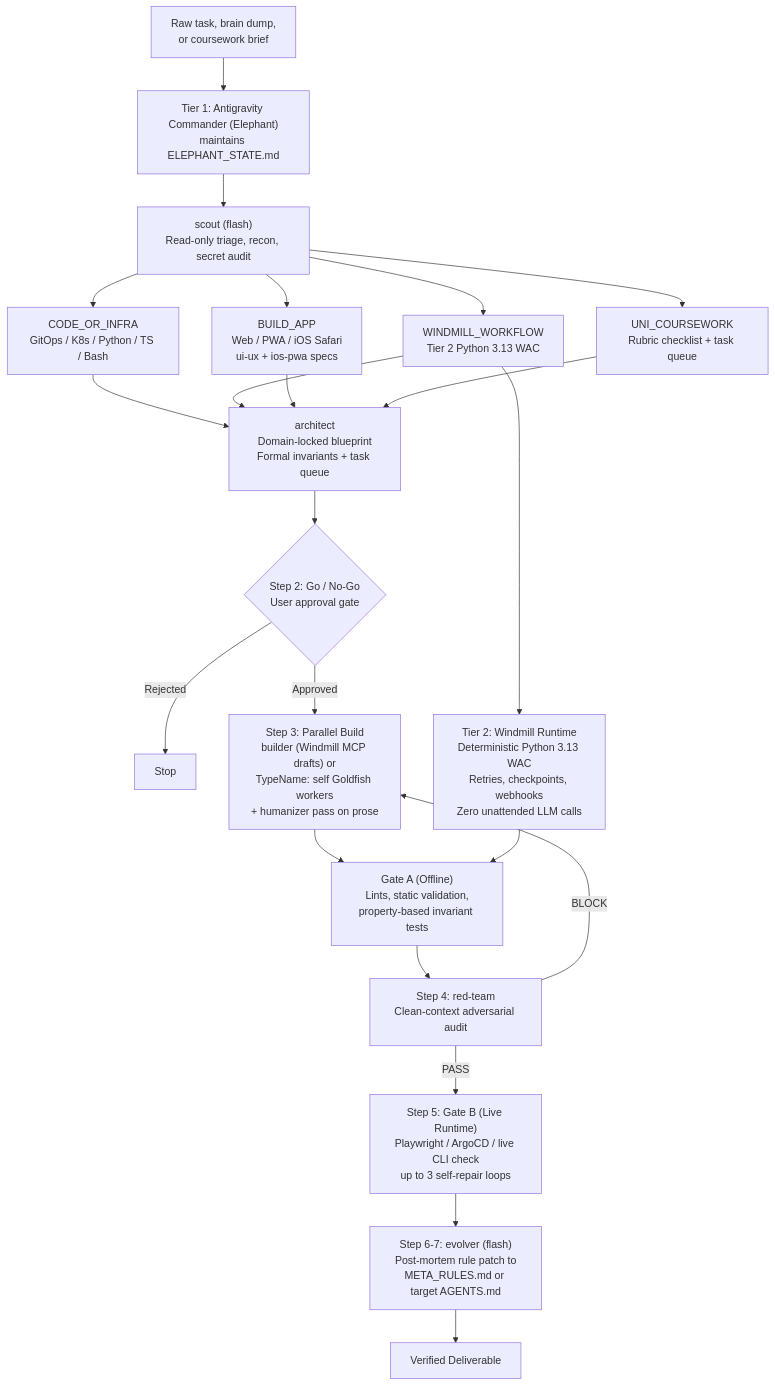
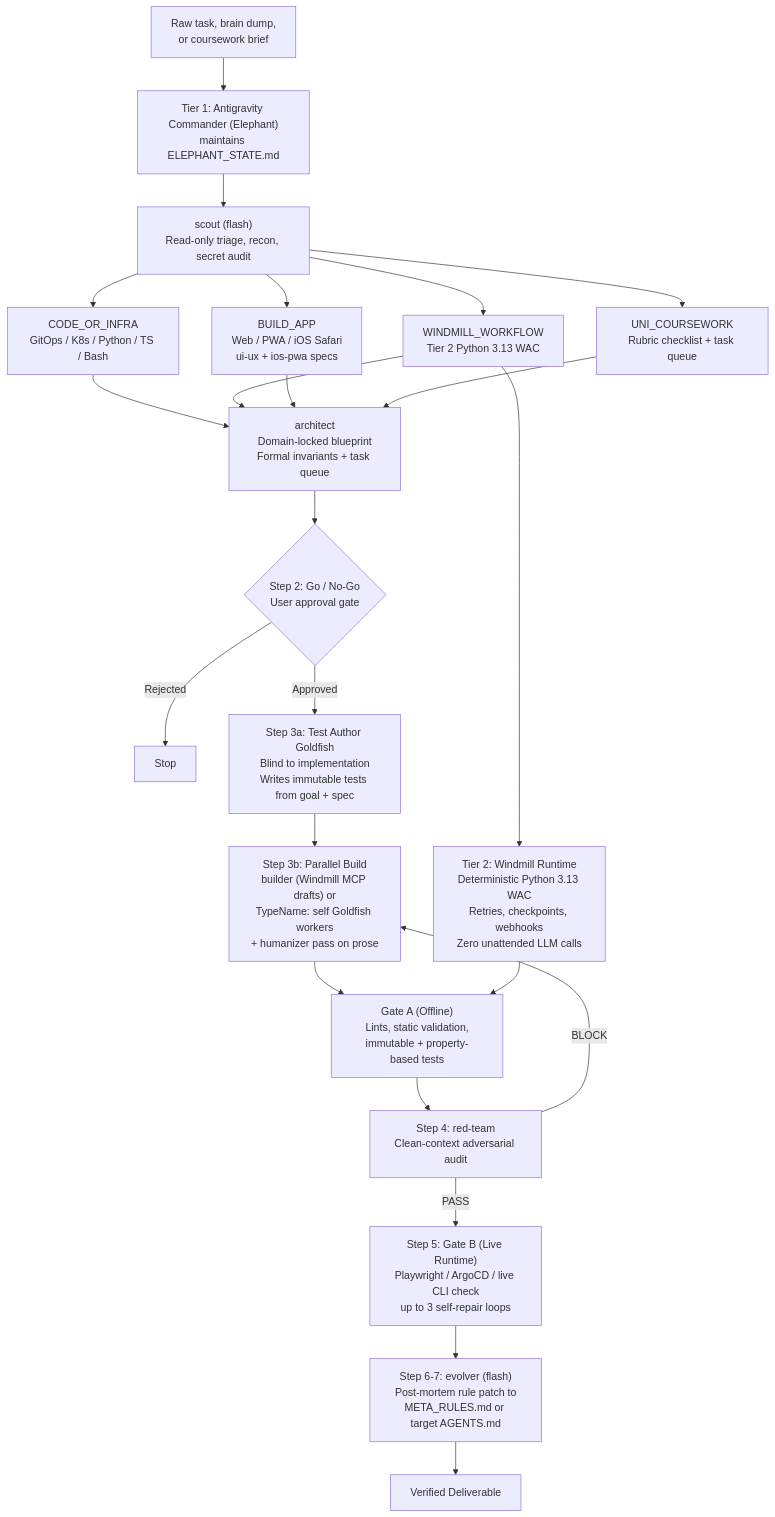
One commit to oranmcclintock/windmill-factory changed the diagram in README.md. Above: the diagram before and after it, drawn with Mermaid. The commit also changed other lines of this file and 5 other files, not shown here.

Commit message:
feat(fleet): add blind test authoring, wire-schema guardrail, and open-source privacy/no-push rules

````diff
--- a/README.md
+++ b/README.md
@@ -40,30 +41,31 @@
 ```mermaid
 flowchart TD
     Task["Raw task, brain dump,<br/>or coursework brief"] --> Commander["Tier 1: Antigravity Commander (Elephant)<br/>maintains ELEPHANT_STATE.md"]
     Commander --> Scout["scout (flash)<br/>Read-only triage, recon, secret audit"]
 
     Scout --> CI["CODE_OR_INFRA<br/>GitOps / K8s / Python / TS / Bash"]
     Scout --> WW["WINDMILL_WORKFLOW<br/>Tier 2 Python 3.13 WAC"]
     Scout --> BA["BUILD_APP<br/>Web / PWA / iOS Safari<br/>ui-ux + ios-pwa specs"]
     Scout --> UC["UNI_COURSEWORK<br/>Rubric checklist + task queue"]
 
     CI --> Arch["architect<br/>Domain-locked blueprint<br/>Formal invariants + task queue"]
     WW --> Arch
     BA --> Arch
     UC --> Arch
 
     Arch --> GNG{"Step 2: Go / No-Go<br/>User approval gate"}
     GNG -->|Rejected| Stop["Stop"]
 
-    GNG -->|Approved| Build["Step 3: Parallel Build<br/>builder (Windmill MCP drafts) or<br/>TypeName: self Goldfish workers<br/>+ humanizer pass on prose"]
+    GNG -->|Approved| TestAuth["Step 3a: Test Author Goldfish<br/>Blind to implementation<br/>Writes immutable tests from goal + spec"]
+    TestAuth --> Build["Step 3b: Parallel Build<br/>builder (Windmill MCP drafts) or<br/>TypeName: self Goldfish workers<br/>+ humanizer pass on prose"]
 
-    Build --> GateA["Gate A (Offline)<br/>Lints, static validation,<br/>property-based invariant tests"]
+    Build --> GateA["Gate A (Offline)<br/>Lints, static validation,<br/>immutable + property-based tests"]
     GateA --> RT["Step 4: red-team<br/>Clean-context adversarial audit"]
     RT -->|BLOCK| Build
     RT -->|PASS| GateB["Step 5: Gate B (Live Runtime)<br/>Playwright / ArgoCD / live CLI check<br/>up to 3 self-repair loops"]
     GateB --> Ev["Step 6-7: evolver (flash)<br/>Post-mortem rule patch to<br/>META_RULES.md or target AGENTS.md"]
     Ev --> Done["Verified Deliverable"]
 
     WW --> Wmill["Tier 2: Windmill Runtime<br/>Deterministic Python 3.13 WAC<br/>Retries, checkpoints, webhooks<br/>Zero unattended LLM calls"]
     Wmill --> GateA
 ```
````
